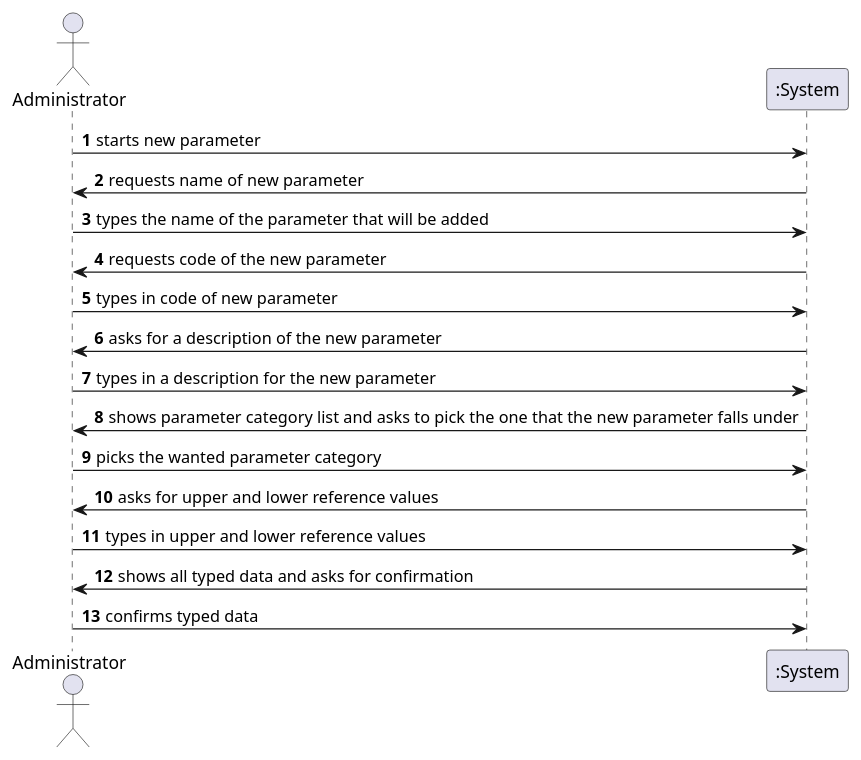
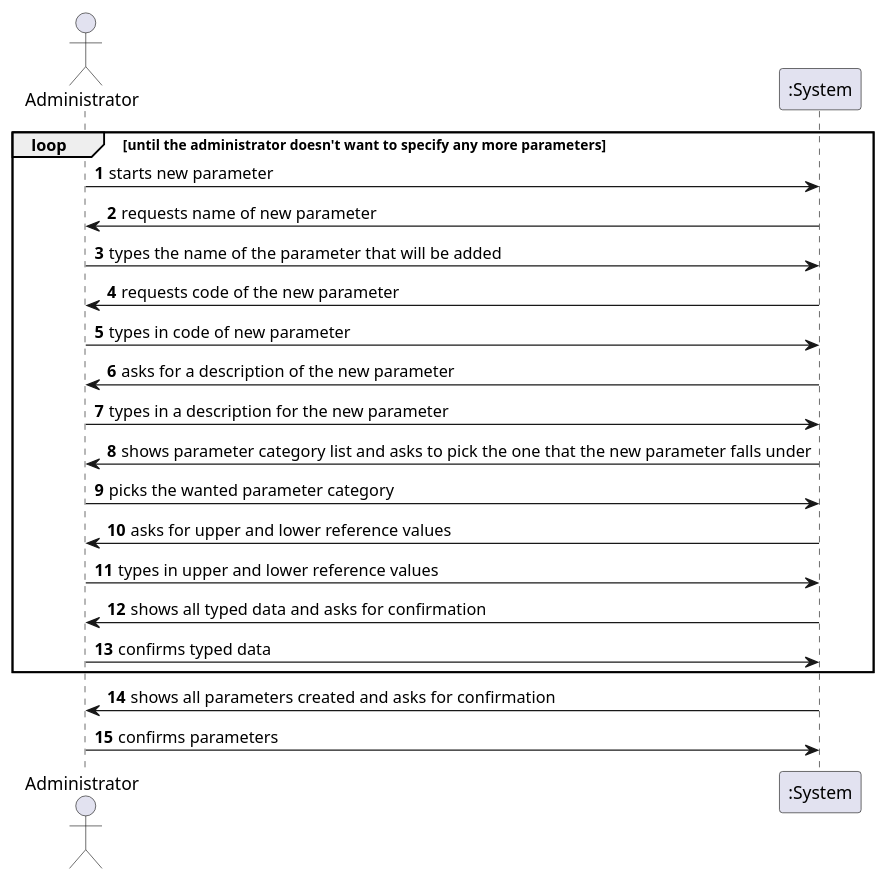
Before and after one commit to MadDinosaur/ISEP-LAPR2: the diagram in docs/SprintB/US10/US10_SSD.puml, drawn with PlantUML. The commit also changed 6 other files, not shown here.

Commit message:
Added Class Diagram and updated the System Sequence and Sequence diagrams

```diff
--- a/docs/SprintB/US10/US10_SSD.puml
+++ b/docs/SprintB/US10/US10_SSD.puml
@@ -1,21 +1,25 @@
 @startuml
 
 autonumber
 
 actor Administrator
 
+loop until the administrator doesn't want to specify any more parameters
 Administrator -> ":System": starts new parameter
 ":System" -> Administrator: requests name of new parameter
 Administrator -> ":System": types the name of the parameter that will be added
 ":System" -> Administrator: requests code of the new parameter
 Administrator -> ":System": types in code of new parameter
 ":System" -> Administrator: asks for a description of the new parameter
 Administrator -> ":System": types in a description for the new parameter
 ":System" -> Administrator: shows parameter category list and asks to pick the one that the new parameter falls under
 Administrator -> ":System": picks the wanted parameter category
 ":System" -> Administrator: asks for upper and lower reference values
 Administrator -> ":System": types in upper and lower reference values
 ":System" -> Administrator: shows all typed data and asks for confirmation
 Administrator -> ":System": confirms typed data
+end loop
+":System" -> Administrator: shows all parameters created and asks for confirmation
+Administrator -> ":System": confirms parameters
 
 @enduml
```
